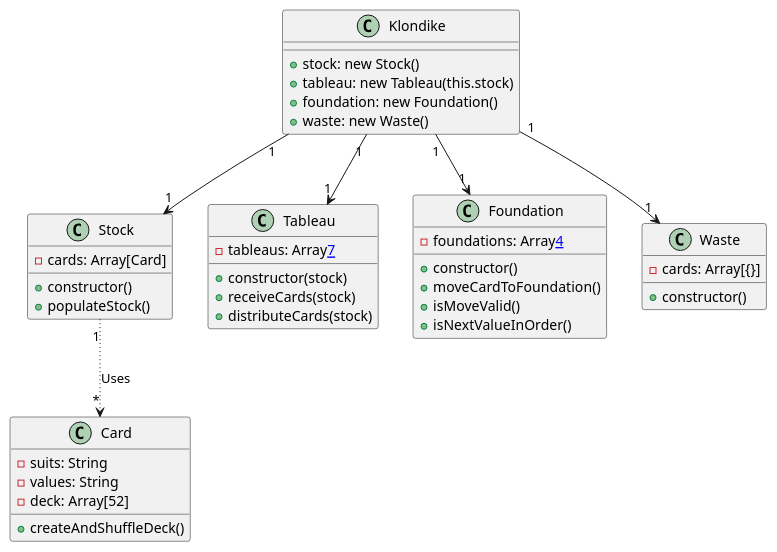
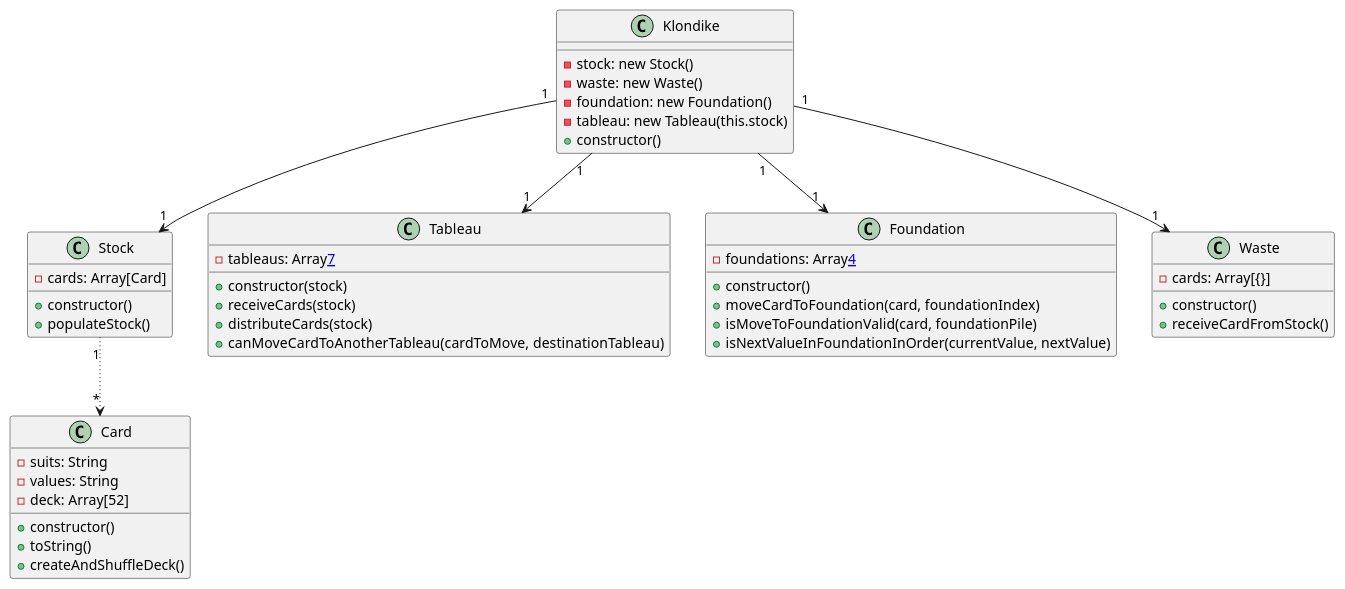
Before and after one commit to valleria-web/klondike: the diagram in version7/Klondikev7_1.plantuml, drawn with PlantUML. The commit also changed 11 other files, not shown here.

```diff
--- a/version7/Klondikev7_1.plantuml
+++ b/version7/Klondikev7_1.plantuml
@@ -1,50 +1,55 @@
 @startuml klondikev7,
 
 class Card {
   - suits: String
   - values: String
   - deck: Array[52]
+  + constructor()
+  + toString()
   + createAndShuffleDeck()
 }
 
 class Klondike {
-  + stock: new Stock()
-  + tableau: new Tableau(this.stock)
-  + foundation: new Foundation()
-  + waste: new Waste()
+  - stock: new Stock()
+  - waste: new Waste()
+  - foundation: new Foundation()
+  - tableau: new Tableau(this.stock)
+  + constructor()
 }
+
 
 class Stock {
   - cards: Array[Card]
   + constructor()
   + populateStock() 
 }
 
 class Tableau {
   - tableaus: Array[[7]]
   + constructor(stock)
   + receiveCards(stock) 
   + distributeCards(stock)
+  + canMoveCardToAnotherTableau(cardToMove, destinationTableau)
 }
 
 class Foundation {
   - foundations: Array[[4]]
   + constructor()
-  + moveCardToFoundation()
-  + isMoveValid()
-  + isNextValueInOrder()
+  + moveCardToFoundation(card, foundationIndex)
+  + isMoveToFoundationValid(card, foundationPile)
+  + isNextValueInFoundationInOrder(currentValue, nextValue)
 }
 
 class Waste {
   - cards: Array[{}]
   + constructor()
-
+  + receiveCardFromStock()
 }
 
-Stock "1"  -[dotted]-> "*" Card : Uses
+Stock "1"  -[dotted]-> "*" Card
 Klondike "1" --> "1" Stock
 Klondike "1" --> "1" Waste
 Klondike "1" --> "1" Foundation
 Klondike "1" --> "1" Tableau
 
 @enduml
```
